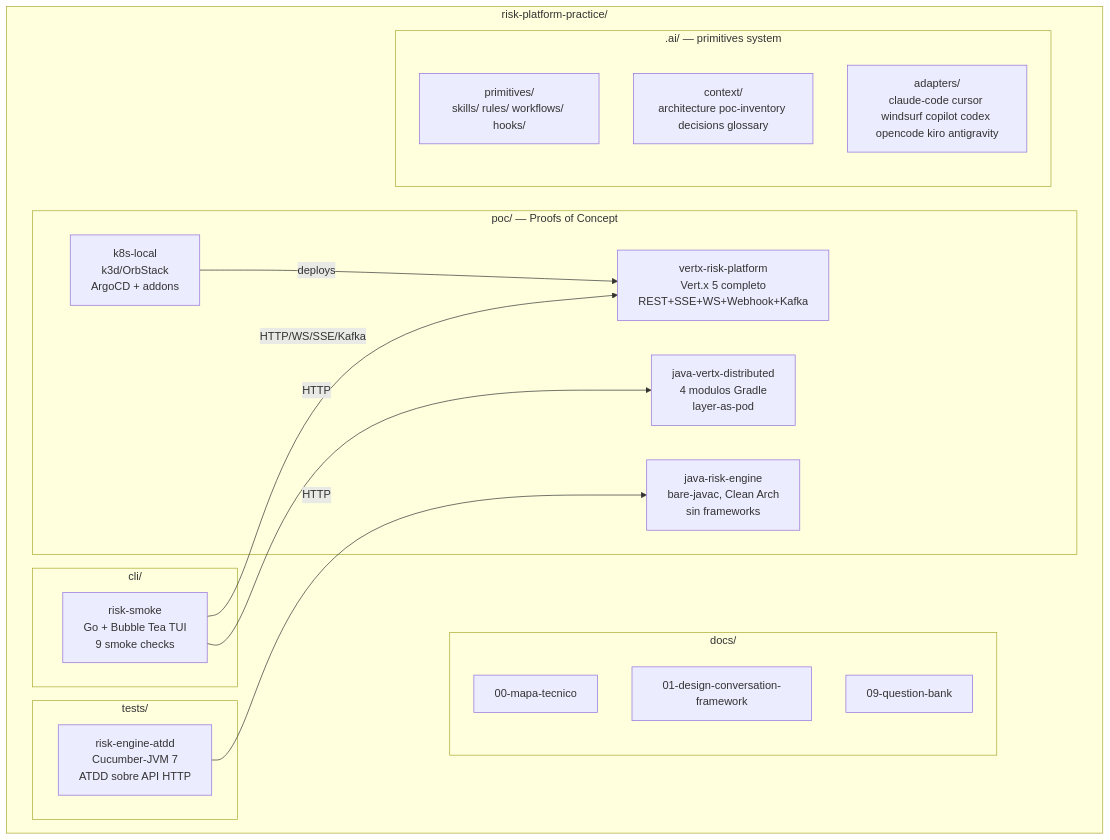
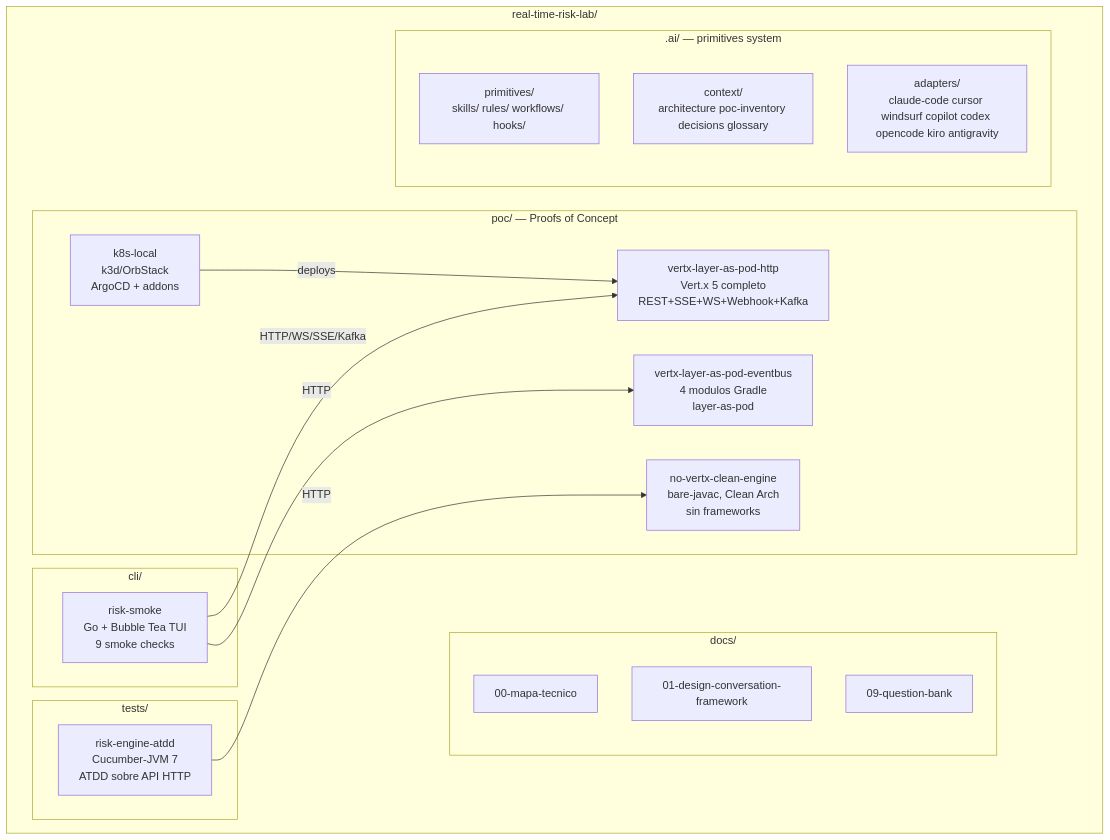
Before and after one commit to MatiasNAmendola/real-time-risk-lab: the diagram in .ai/context/architecture.md, drawn with Mermaid. The commit also changed other lines of this file and 37 other files, not shown here.

Commit message:
chore: align AI primitives with real-time risk lab

````diff
--- a/.ai/context/architecture.md
+++ b/.ai/context/architecture.md
@@ -5,36 +5,36 @@
 ```mermaid
 graph TB
-    subgraph repo["risk-platform-practice/"]
+    subgraph repo["real-time-risk-lab/"]
         subgraph poc["poc/ — Proofs of Concept"]
-            jre["java-risk-engine<br/>bare-javac, Clean Arch<br/>sin frameworks"]
-            jvd["java-vertx-distributed<br/>4 modulos Gradle<br/>layer-as-pod"]
-            vrp["vertx-risk-platform<br/>Vert.x 5 completo<br/>REST+SSE+WS+Webhook+Kafka"]
+            jre["no-vertx-clean-engine<br/>bare-javac, Clean Arch<br/>sin frameworks"]
+            jvd["vertx-layer-as-pod-eventbus<br/>4 modulos Gradle<br/>layer-as-pod"]
+            vrp["vertx-layer-as-pod-http<br/>Vert.x 5 completo<br/>REST+SSE+WS+Webhook+Kafka"]
             k8s["k8s-local<br/>k3d/OrbStack<br/>ArgoCD + addons"]
         end
 
         subgraph tests["tests/"]
             atdd["risk-engine-atdd<br/>Cucumber-JVM 7<br/>ATDD sobre API HTTP"]
         end
 
         subgraph cli["cli/"]
             smoke["risk-smoke<br/>Go + Bubble Tea TUI<br/>9 smoke checks"]
         end
 
         subgraph docs["docs/"]
             d0["00-mapa-tecnico"]
             d1["01-design-conversation-framework"]
             d9["09-question-bank"]
         end
 
         subgraph ai[".ai/ — primitives system"]
             prim["primitives/<br/>skills/ rules/ workflows/ hooks/"]
             ctx["context/<br/>architecture poc-inventory decisions glossary"]
             adp["adapters/<br/>claude-code cursor windsurf copilot codex opencode kiro antigravity"]
         end
     end
 
     smoke -->|HTTP/WS/SSE/Kafka| vrp
     smoke -->|HTTP| jvd
     atdd -->|HTTP| jre
     k8s -->|deploys| vrp
 ```
````
